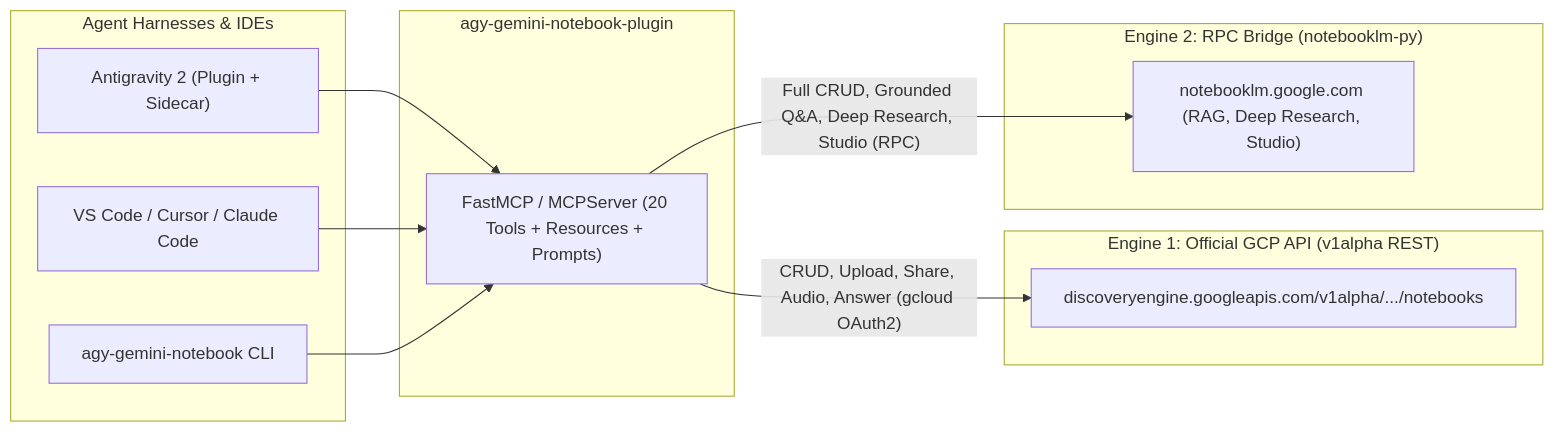
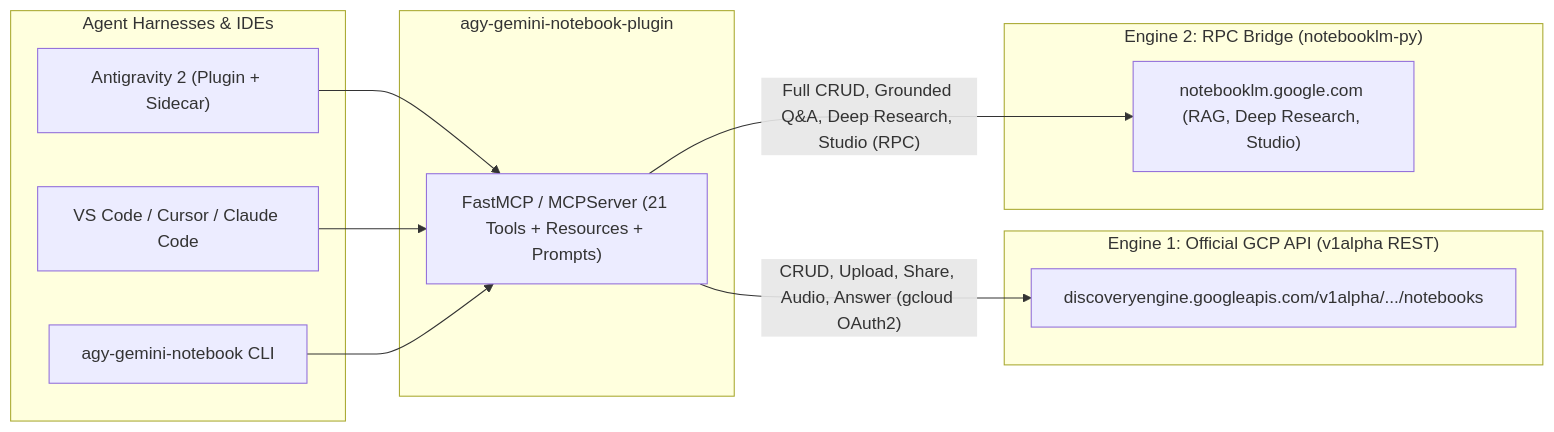
Before and after one commit to Chryzalide/agy-gemini-notebook-plugin: the second of 2 diagrams in README.md, drawn with Mermaid. The commit also changed other lines of this file and 13 other files, not shown here.

Commit message:
Release v1.0.1: Add notebook_login MCP/CLI/Sidecar auth flow, graceful auth diagnostics, and cross-workspace launchers

````diff
--- a/README.md
+++ b/README.md
@@ -77,26 +77,26 @@
 ```mermaid
 flowchart LR
     subgraph Harnesses["Agent Harnesses & IDEs"]
         AGY["Antigravity 2 (Plugin + Sidecar)"]
         VSC["VS Code / Cursor / Claude Code"]
         CLI["agy-gemini-notebook CLI"]
     end
 
     subgraph Server["agy-gemini-notebook-plugin"]
-        MCP["FastMCP / MCPServer (20 Tools + Resources + Prompts)"]
+        MCP["FastMCP / MCPServer (21 Tools + Resources + Prompts)"]
     end
 
     subgraph GCP["Engine 1: Official GCP API (v1alpha REST)"]
         REST["discoveryengine.googleapis.com/v1alpha/.../notebooks"]
     end
 
     subgraph RPC["Engine 2: RPC Bridge (notebooklm-py)"]
         NLM["notebooklm.google.com (RAG, Deep Research, Studio)"]
     end
 
     AGY --> MCP
     VSC --> MCP
     CLI --> MCP
     MCP -->|"CRUD, Upload, Share, Audio, Answer (gcloud OAuth2)"| REST
     MCP -->|"Full CRUD, Grounded Q&A, Deep Research, Studio (RPC)"| NLM
 ```
````
